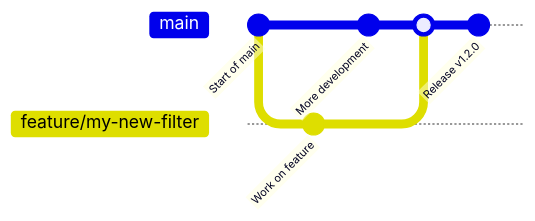
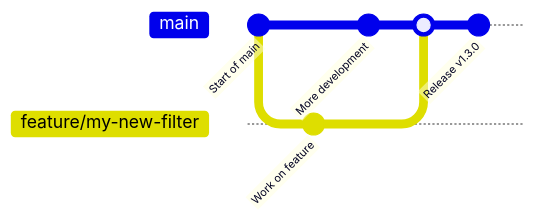
Before and after one commit to PlainsightAI/openfilter: the first of 2 diagrams in CONTRIBUTING.md, drawn with Mermaid. The commit also changed other lines of this file and 14 other files, not shown here.

````diff
--- a/CONTRIBUTING.md
+++ b/CONTRIBUTING.md
@@ -383,11 +383,11 @@
 ```mermaid
 gitGraph
    commit id: "Start of main"
    branch feature/my-new-filter
    commit id: "Work on feature"
    checkout main
    commit id: "More development"
    merge feature/my-new-filter
-   commit id: "Release v1.2.0"
+   commit id: "Release v1.3.0"
 
 ```
````
